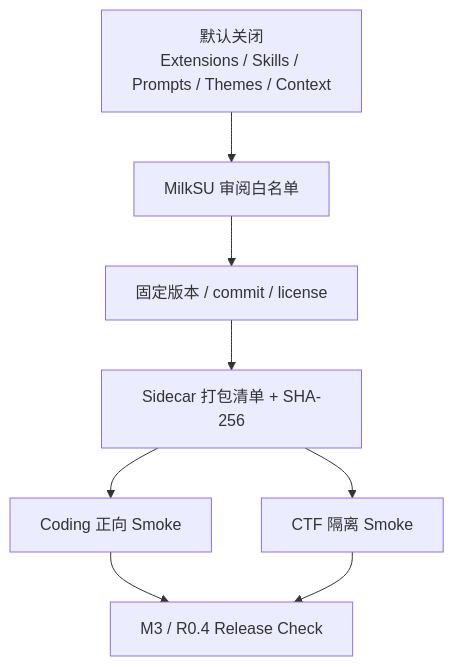
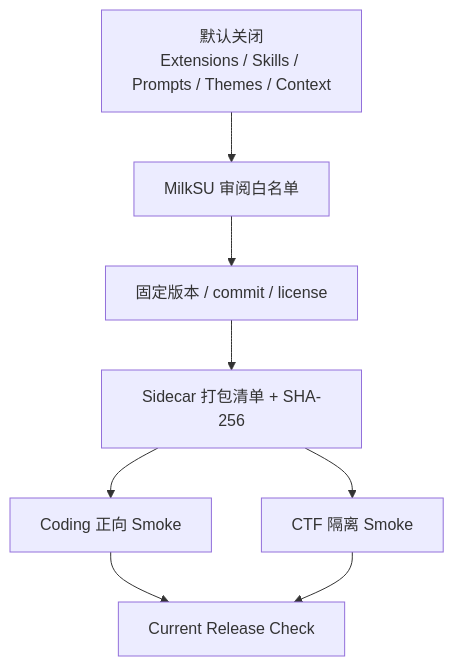
One commit to MilkSU-Official/milksu changed the second of 3 diagrams in docs/architecture/coding-agent-pi-extension-boundary.md. Above: the diagram before and after it, drawn with Mermaid. The commit also changed other lines of this file and 57 other files, not shown here.

````diff
--- a/docs/architecture/coding-agent-pi-extension-boundary.md
+++ b/docs/architecture/coding-agent-pi-extension-boundary.md
@@ -115,14 +128,14 @@
 ```mermaid
 flowchart TB
     deny["默认关闭<br/>Extensions / Skills / Prompts / Themes / Context"]
     whitelist["MilkSU 审阅白名单"]
     pin["固定版本 / commit / license"]
     bundle["Sidecar 打包清单 + SHA-256"]
     positive["Coding 正向 Smoke"]
     negative["CTF 隔离 Smoke"]
-    release["M3 / R0.4 Release Check"]
+    release["Current Release Check"]
 
     deny --> whitelist --> pin --> bundle
     bundle --> positive --> release
     bundle --> negative --> release
 ```
````
